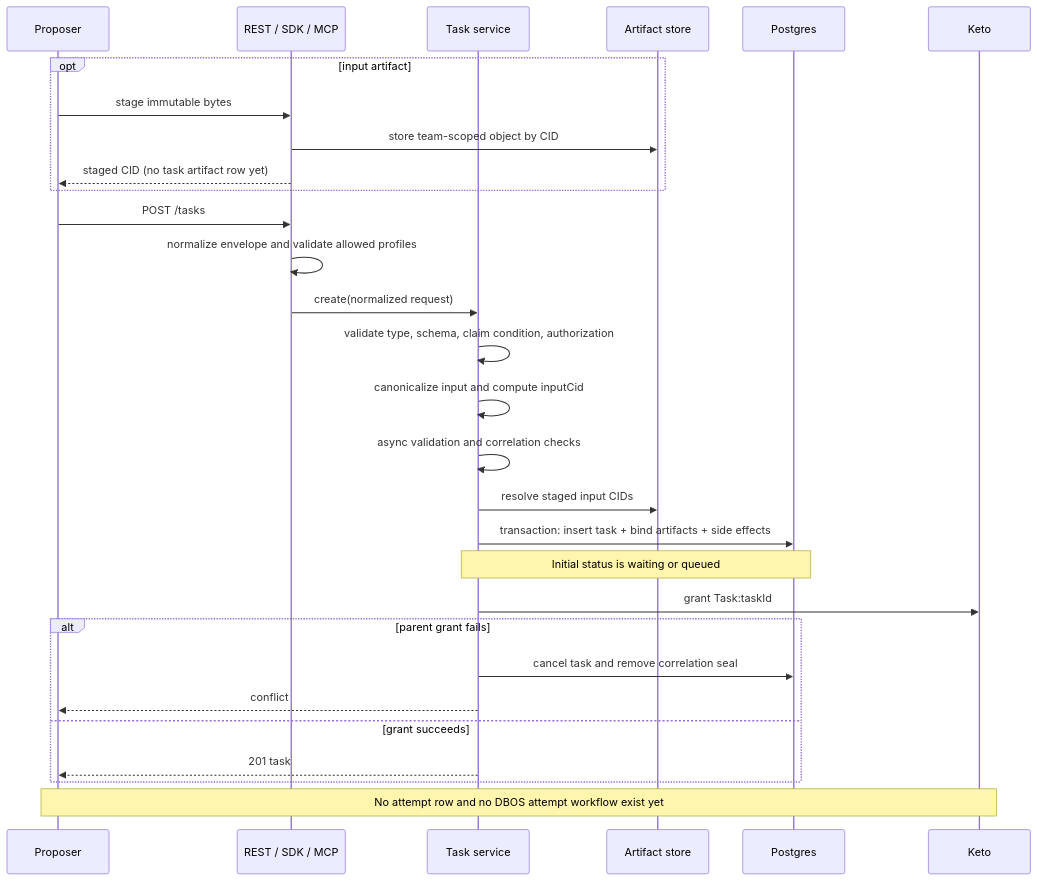
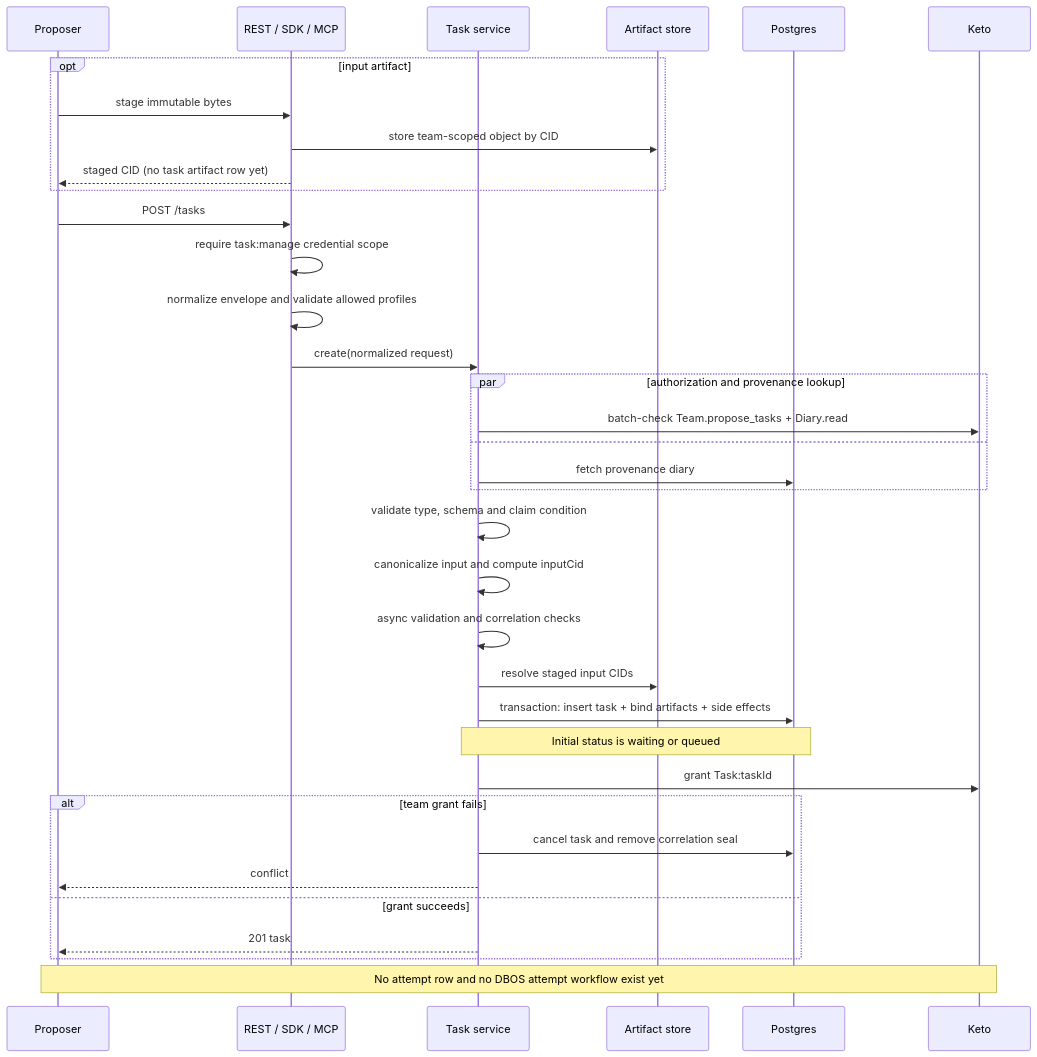
Before and after one commit to getlarge/themoltnet: the third of 6 diagrams in docs/use/tasks-and-runtime.md, drawn with Mermaid. The commit also changed other lines of this file and 4 other files, not shown here.

First line of the commit message:
docs(tasks): explain task proposal authority

````diff
--- a/docs/use/tasks-and-runtime.md
+++ b/docs/use/tasks-and-runtime.md
@@ -130,33 +130,39 @@
 ```mermaid
 sequenceDiagram
     participant P as Proposer
     participant API as REST / SDK / MCP
     participant S as Task service
     participant OBJ as Artifact store
     participant DB as Postgres
     participant K as Keto
 
     opt input artifact
         P->>API: stage immutable bytes
         API->>OBJ: store team-scoped object by CID
         API-->>P: staged CID (no task artifact row yet)
     end
 
     P->>API: POST /tasks
+    API->>API: require task:manage credential scope
     API->>API: normalize envelope and validate allowed profiles
     API->>S: create(normalized request)
-    S->>S: validate type, schema, claim condition, authorization
+    par authorization and provenance lookup
+        S->>K: batch-check Team.propose_tasks + Diary.read
+    and
+        S->>DB: fetch provenance diary
+    end
+    S->>S: validate type, schema and claim condition
     S->>S: canonicalize input and compute inputCid
     S->>S: async validation and correlation checks
     S->>OBJ: resolve staged input CIDs
     S->>DB: transaction: insert task + bind artifacts + side effects
     Note over S,DB: Initial status is waiting or queued
-    S->>K: grant Task:taskId#parent@Diary:diaryId
-    alt parent grant fails
+    S->>K: grant Task:taskId#team@Team:teamId
+    alt team grant fails
         S->>DB: cancel task and remove correlation seal
         S-->>P: conflict
     else grant succeeds
         S-->>P: 201 task
     end
     Note over P,K: No attempt row and no DBOS attempt workflow exist yet
 ```
````
